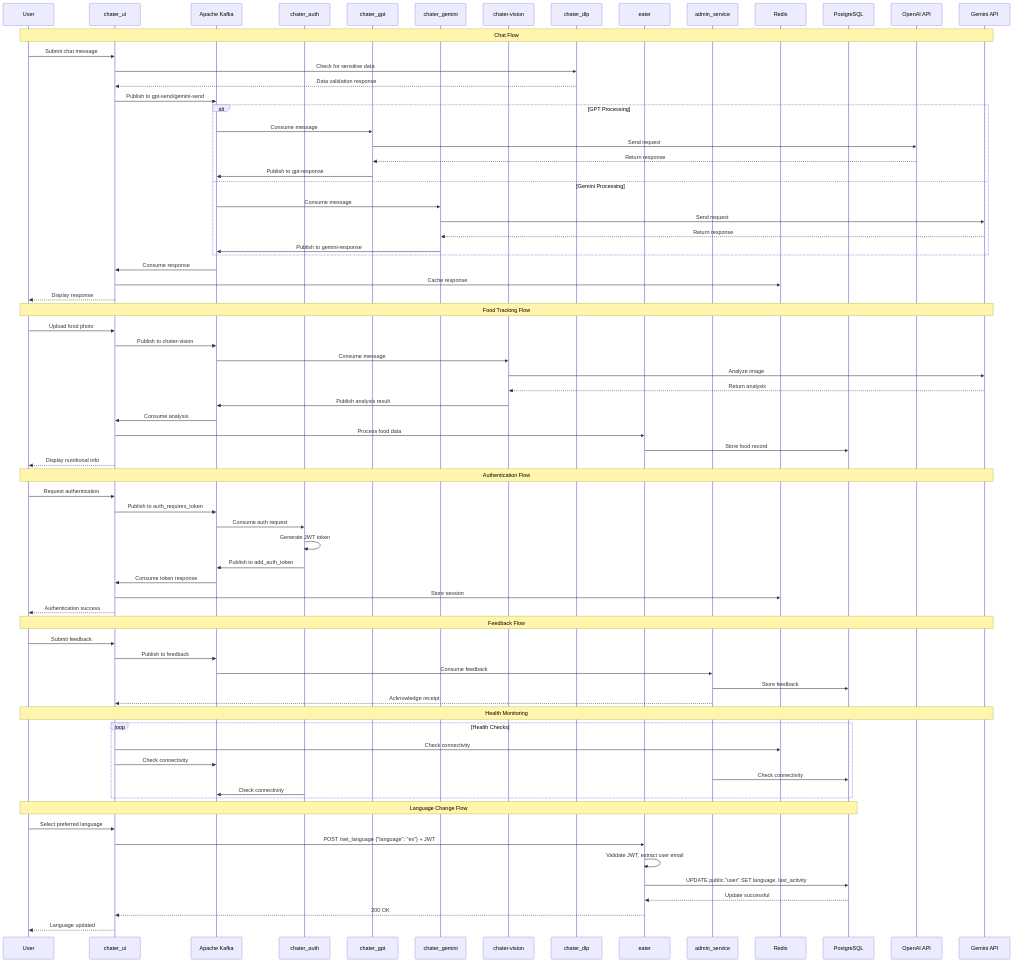
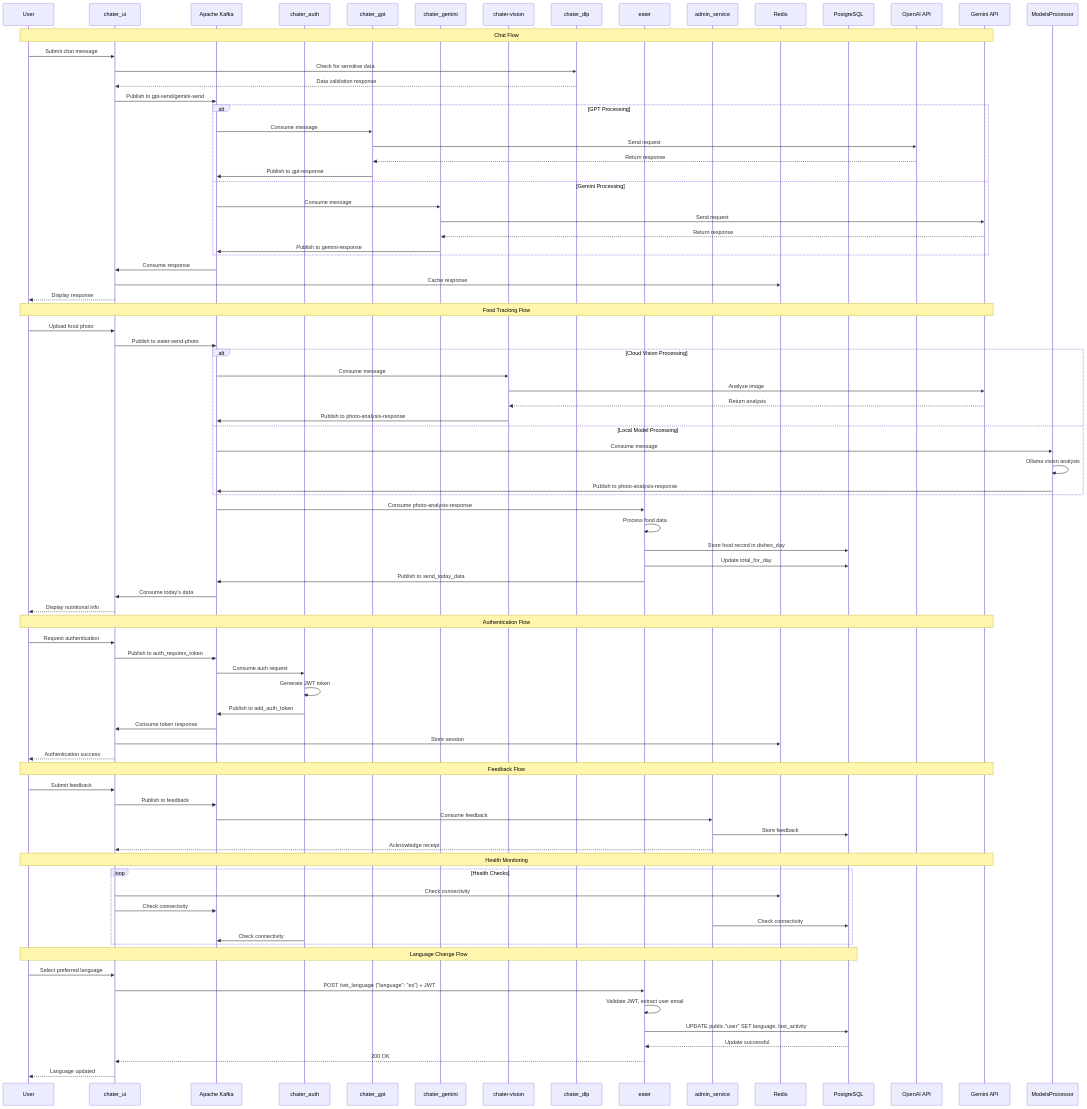
One commit to singularis/chater_new changed the second of 3 diagrams in README.md. Above: the diagram before and after it, drawn with Mermaid. The commit also changed other lines of this file and 3 other files, not shown here.

First line of the commit message:
Add models_processor service to README and update architecture diagrams

```diff
--- a/README.md
+++ b/README.md
@@ -518,14 +541,25 @@
     
     Note over User,GeminiAPI: Food Tracking Flow
     User->>UI: Upload food photo
-    UI->>Kafka: Publish to chater-vision
-    Kafka->>Vision: Consume message
-    Vision->>GeminiAPI: Analyze image
-    GeminiAPI-->>Vision: Return analysis
-    Vision->>Kafka: Publish analysis result
-    Kafka->>UI: Consume analysis
-    UI->>Eater: Process food data
-    Eater->>DB: Store food record
+    UI->>Kafka: Publish to eater-send-photo
+    
+    alt Cloud Vision Processing
+        Kafka->>Vision: Consume message
+        Vision->>GeminiAPI: Analyze image
+        GeminiAPI-->>Vision: Return analysis
+        Vision->>Kafka: Publish to photo-analysis-response
+    else Local Model Processing
+        Kafka->>ModelsProcessor: Consume message
+        ModelsProcessor->>ModelsProcessor: Ollama vision analysis
+        ModelsProcessor->>Kafka: Publish to photo-analysis-response
+    end
+    
+    Kafka->>Eater: Consume photo-analysis-response
+    Eater->>Eater: Process food data
+    Eater->>DB: Store food record in dishes_day
+    Eater->>DB: Update total_for_day
+    Eater->>Kafka: Publish to send_today_data
+    Kafka->>UI: Consume today's data
     UI-->>User: Display nutritional info
     
     Note over User,GeminiAPI: Authentication Flow
```
